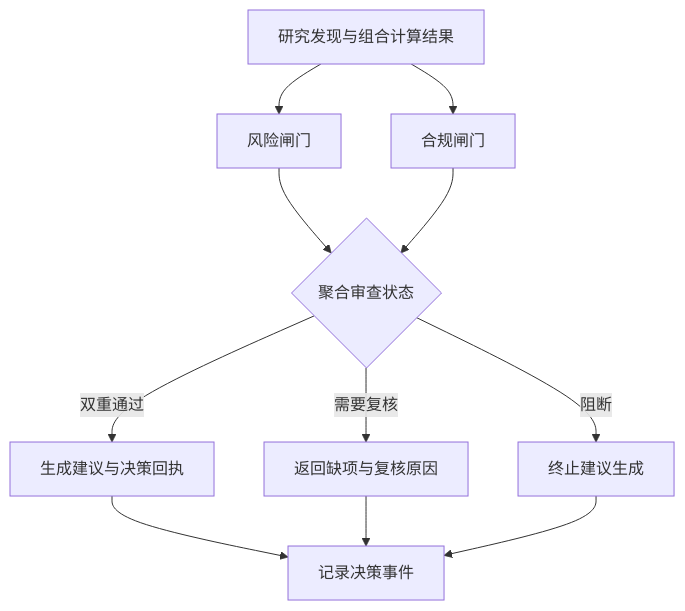
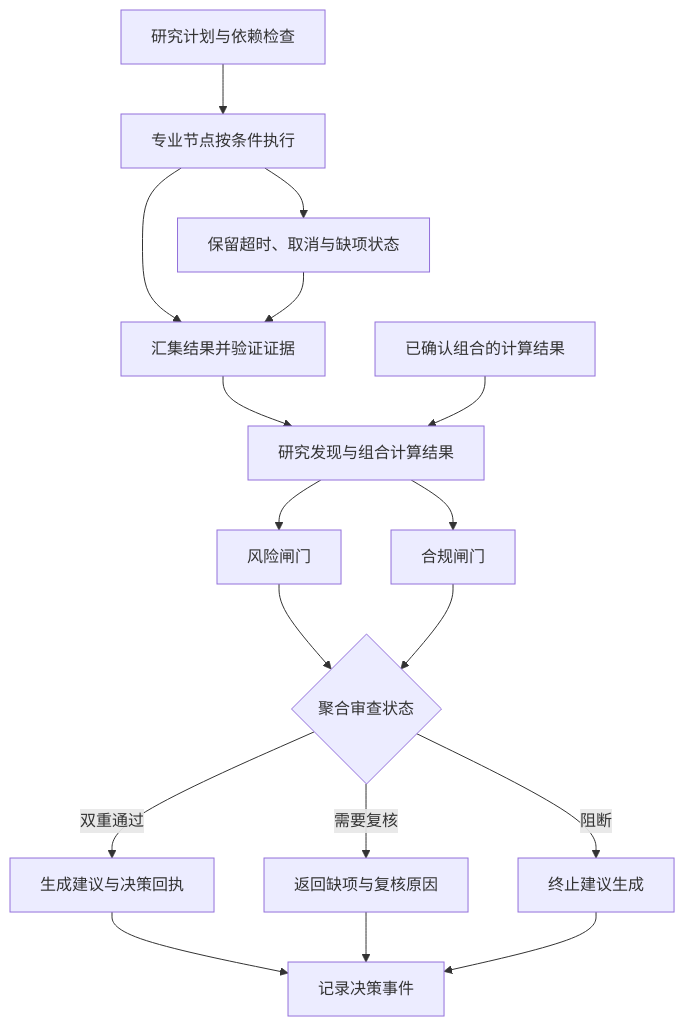
The sixth of 6 diagrams in docs/submission/competition-technical-solution.md (1917173927/prism), drawn with Mermaid before and after one commit. The commit also changed other lines of this file and 3 other files, not shown here.

````diff
--- a/docs/submission/competition-technical-solution.md
+++ b/docs/submission/competition-technical-solution.md
@@ -408,13 +346,19 @@
 ```mermaid
 flowchart TD
-    A[研究发现与组合计算结果] --> B[风险闸门]
+    P[研究计划与依赖检查] --> N[专业节点按条件执行]
+    N --> V[汇集结果并验证证据]
+    N --> X[保留超时、取消与缺项状态]
+    X --> V
+    V --> A[研究发现与组合计算结果]
+    Q[已确认组合的计算结果] --> A
+    A --> B[风险闸门]
     A --> C[合规闸门]
     B --> D{聚合审查状态}
     C --> D
     D -->|双重通过| E[生成建议与决策回执]
     D -->|需要复核| F[返回缺项与复核原因]
     D -->|阻断| G[终止建议生成]
     E --> H[记录决策事件]
     F --> H
     G --> H
 ```
````
